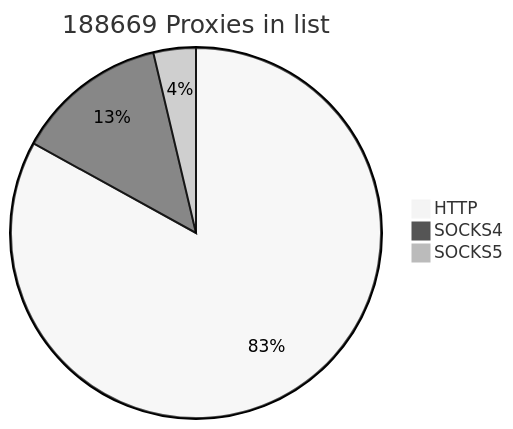
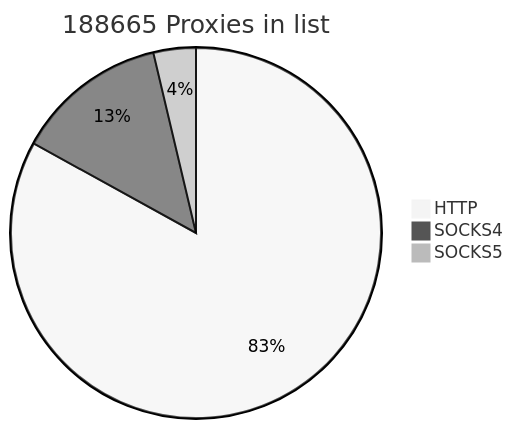
One commit to cutipu/proxylist changed the first of 2 diagrams in README.md. Above: the diagram before and after it, drawn with Mermaid (neutral theme). The commit also changed other lines of this file, not shown here.

````diff
--- a/README.md
+++ b/README.md
@@ -2,7 +2,7 @@
 ```mermaid
-pie title 188669 Proxies in list
+pie title 188665 Proxies in list
     "HTTP" : 156642
     "SOCKS4" : 25043
-    "SOCKS5" : 6984
+    "SOCKS5" : 6980
             
 ```
````
